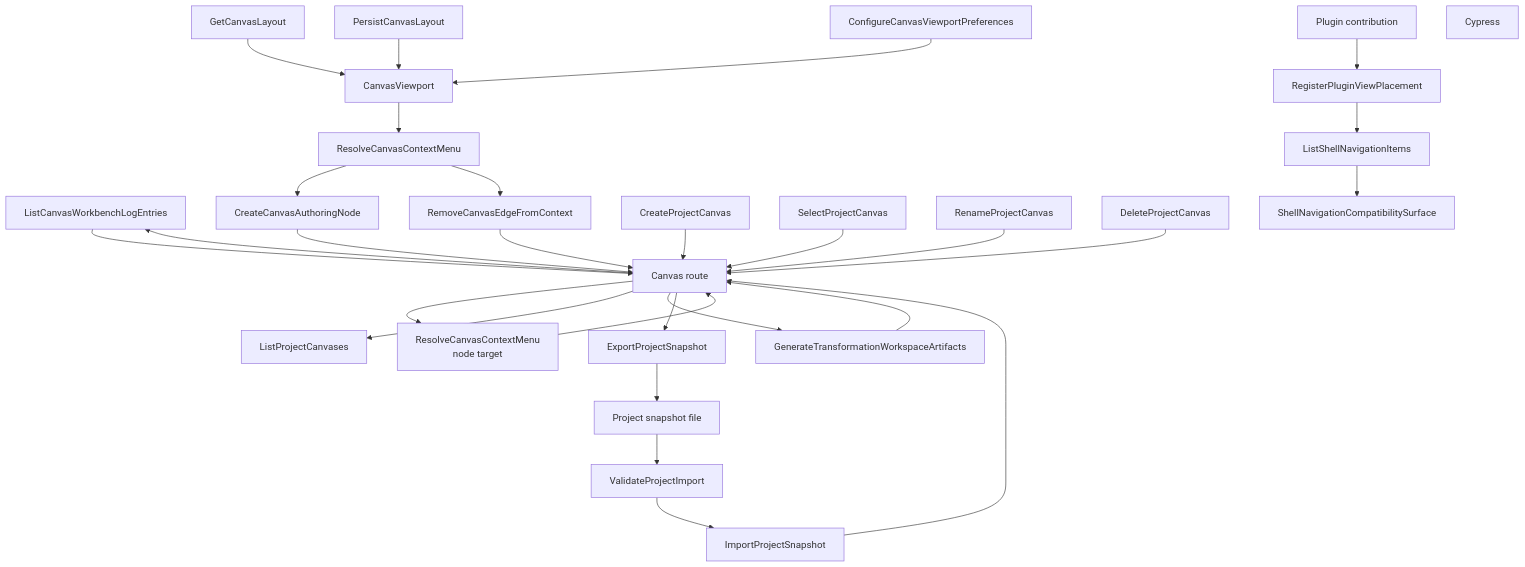
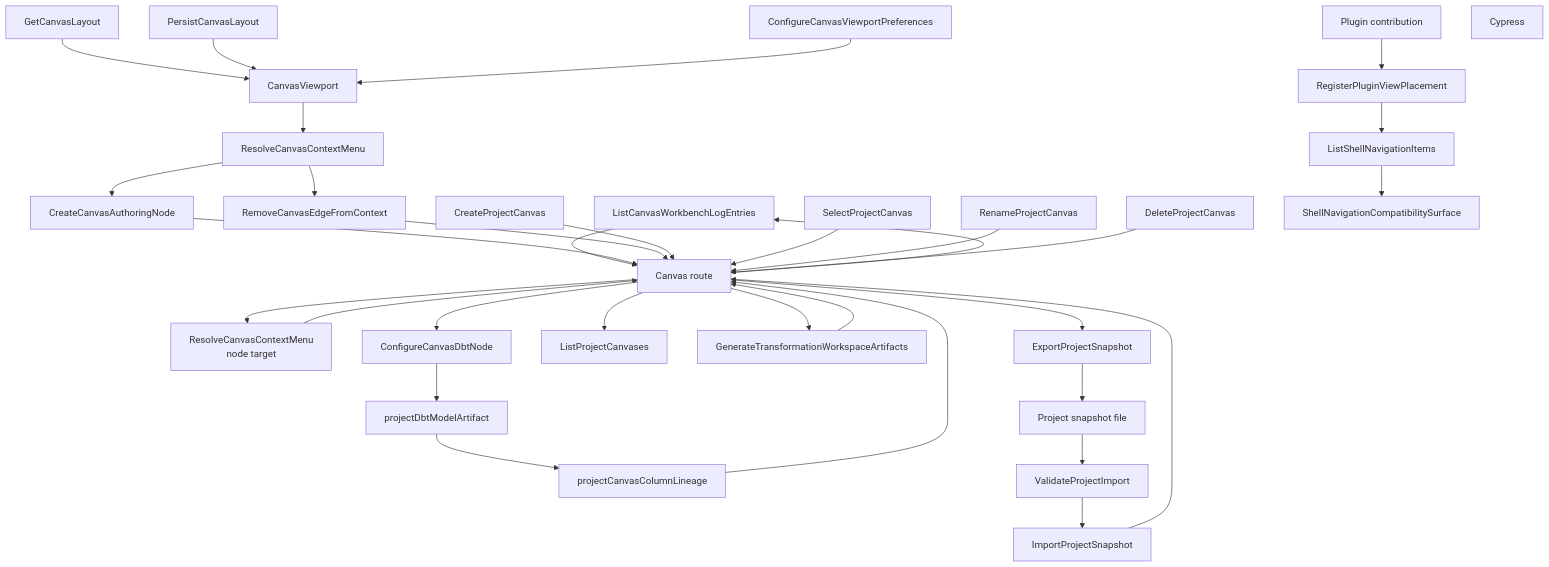
One commit to dunay2/dvt changed the diagram in docs/architecture/components/web/graph/canvas-workbench-command-query-catalog.md. Above: the diagram before and after it, drawn with Mermaid. The commit also changed other lines of this file and 27 other files, not shown here.

First line of the commit message:
fix(web): Author DBT model projection columns from Canvas

````diff
--- a/docs/architecture/components/web/graph/canvas-workbench-command-query-catalog.md
+++ b/docs/architecture/components/web/graph/canvas-workbench-command-query-catalog.md
@@ -167,56 +167,63 @@
 ```mermaid
 flowchart TD
   Plugin["Plugin contribution"]
   Placement["RegisterPluginViewPlacement"]
   ShellQuery["ListShellNavigationItems"]
   LogQuery["ListCanvasWorkbenchLogEntries"]
   LayoutQuery["GetCanvasLayout"]
   LayoutCommand["PersistCanvasLayout"]
   Prefs["ConfigureCanvasViewportPreferences"]
   ContextMenu["ResolveCanvasContextMenu"]
   NodeMenu["ResolveCanvasContextMenu<br>node target"]
   CreateNode["CreateCanvasAuthoringNode"]
   RemoveEdge["RemoveCanvasEdgeFromContext"]
+  ConfigureDbt["ConfigureCanvasDbtNode"]
+  DbtArtifact["projectDbtModelArtifact"]
+  ColumnLineage["projectCanvasColumnLineage"]
   CanvasList["ListProjectCanvases"]
   CanvasCreate["CreateProjectCanvas"]
   CanvasSelect["SelectProjectCanvas"]
   CanvasRename["RenameProjectCanvas"]
   CanvasDelete["DeleteProjectCanvas"]
   GenerateTransformation["GenerateTransformationWorkspaceArtifacts"]
   ExportSnapshot["ExportProjectSnapshot"]
   ValidateImport["ValidateProjectImport"]
   ImportSnapshot["ImportProjectSnapshot"]
   Shell["ShellNavigationCompatibilitySurface"]
   Canvas["Canvas route"]
   Viewport["CanvasViewport"]
   File["Project snapshot file"]
   Cypress["Cypress"]
 
   Plugin --> Placement
   Placement --> ShellQuery
   ShellQuery --> Shell
   Canvas --> LogQuery
   LogQuery --> Canvas
   LayoutQuery --> Viewport
   LayoutCommand --> Viewport
   Prefs --> Viewport
   Viewport --> ContextMenu
   Canvas --> NodeMenu
   ContextMenu --> CreateNode
   ContextMenu --> RemoveEdge
+  Canvas --> ConfigureDbt
+  ConfigureDbt --> DbtArtifact
+  DbtArtifact --> ColumnLineage
+  ColumnLineage --> Canvas
   NodeMenu --> Canvas
   CreateNode --> Canvas
   RemoveEdge --> Canvas
   Canvas --> CanvasList
   CanvasCreate --> Canvas
   CanvasSelect --> Canvas
   CanvasRename --> Canvas
   CanvasDelete --> Canvas
   Canvas --> GenerateTransformation
   GenerateTransformation --> Canvas
   Canvas --> ExportSnapshot
   ExportSnapshot --> File
   File --> ValidateImport
   ValidateImport --> ImportSnapshot
   ImportSnapshot --> Canvas
 ```
````
